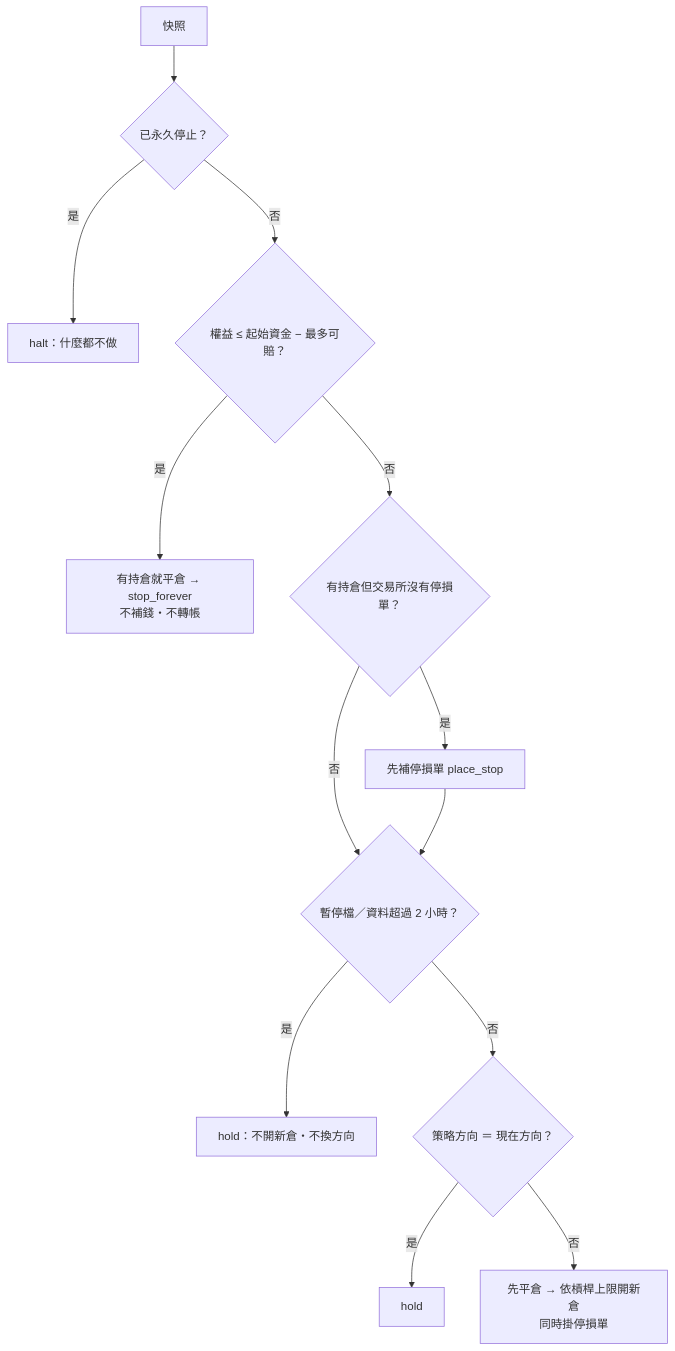
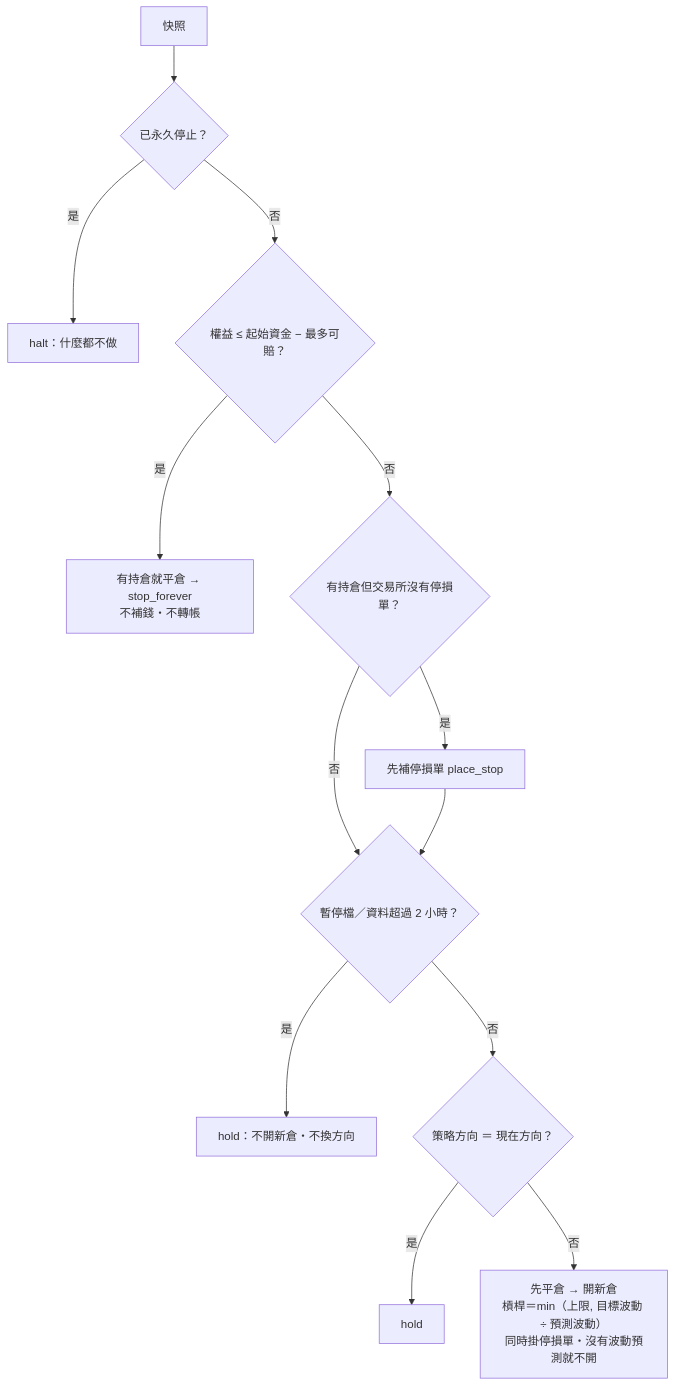
The fifth of 5 diagrams in docs/ARCHITECTURE.md (ShanHugo/Crypto_agent), drawn with Mermaid before and after one commit. The commit also changed other lines of this file and 3 other files, not shown here.

````diff
--- a/docs/ARCHITECTURE.md
+++ b/docs/ARCHITECTURE.md
@@ -311,15 +311,15 @@
 ```mermaid
 flowchart TD
     S[快照] --> A{已永久停止？}
     A -- 是 --> HALT[halt：什麼都不做]
     A -- 否 --> B{權益 ≤ 起始資金 − 最多可賠？}
     B -- 是 --> STOP[有持倉就平倉 → stop_forever<br/>不補錢・不轉帳]
     B -- 否 --> C{有持倉但交易所沒有停損單？}
     C -- 是 --> FIX[先補停損單 place_stop]
     C -- 否 --> D
     FIX --> D{暫停檔／資料超過 2 小時？}
     D -- 是 --> HOLD[hold：不開新倉・不換方向]
     D -- 否 --> E{策略方向 ＝ 現在方向？}
     E -- 是 --> HOLD2[hold]
-    E -- 否 --> F[先平倉 → 依槓桿上限開新倉<br/>同時掛停損單]
+    E -- 否 --> F[先平倉 → 開新倉<br/>槓桿＝min（上限, 目標波動 ÷ 預測波動）<br/>同時掛停損單・沒有波動預測就不開]
 ```
````
